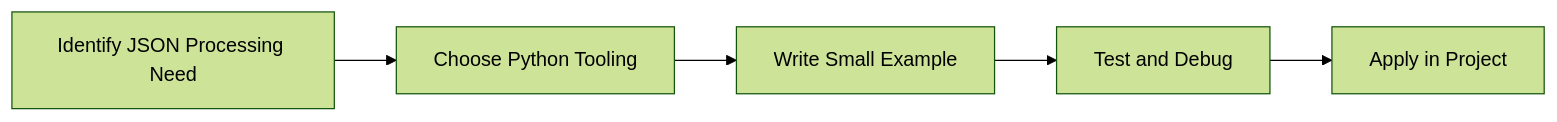
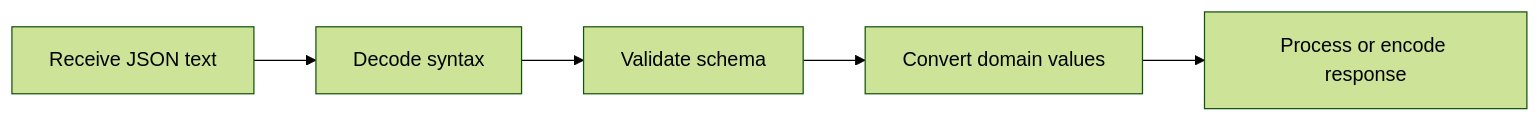
The diagram in Python-Mastery/Intermediate/15-json-processing.md (SYMOIZ/E-Learning-Portal), drawn with Mermaid (forest theme) before and after one commit. The commit also changed other lines of this file and 116 other files, not shown here.

````diff
--- a/Python-Mastery/Intermediate/15-json-processing.md
+++ b/Python-Mastery/Intermediate/15-json-processing.md
@@ -131,7 +157,7 @@
 ```mermaid
 flowchart LR
-    A[Identify JSON Processing Need] --> B[Choose Python Tooling]
-    B --> C[Write Small Example]
-    C --> D[Test and Debug]
-    D --> E[Apply in Project]
+    A[Receive JSON text] --> B[Decode syntax]
+    B --> C[Validate schema]
+    C --> D[Convert domain values]
+    D --> E[Process or encode response]
 ```
````
